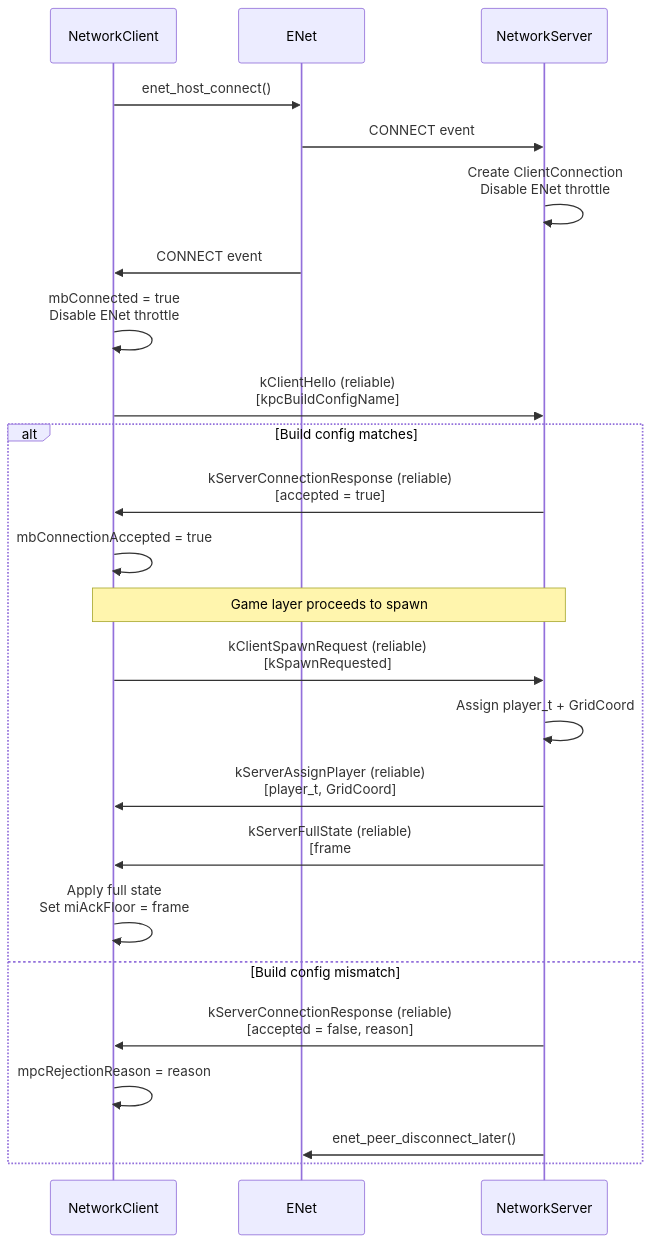
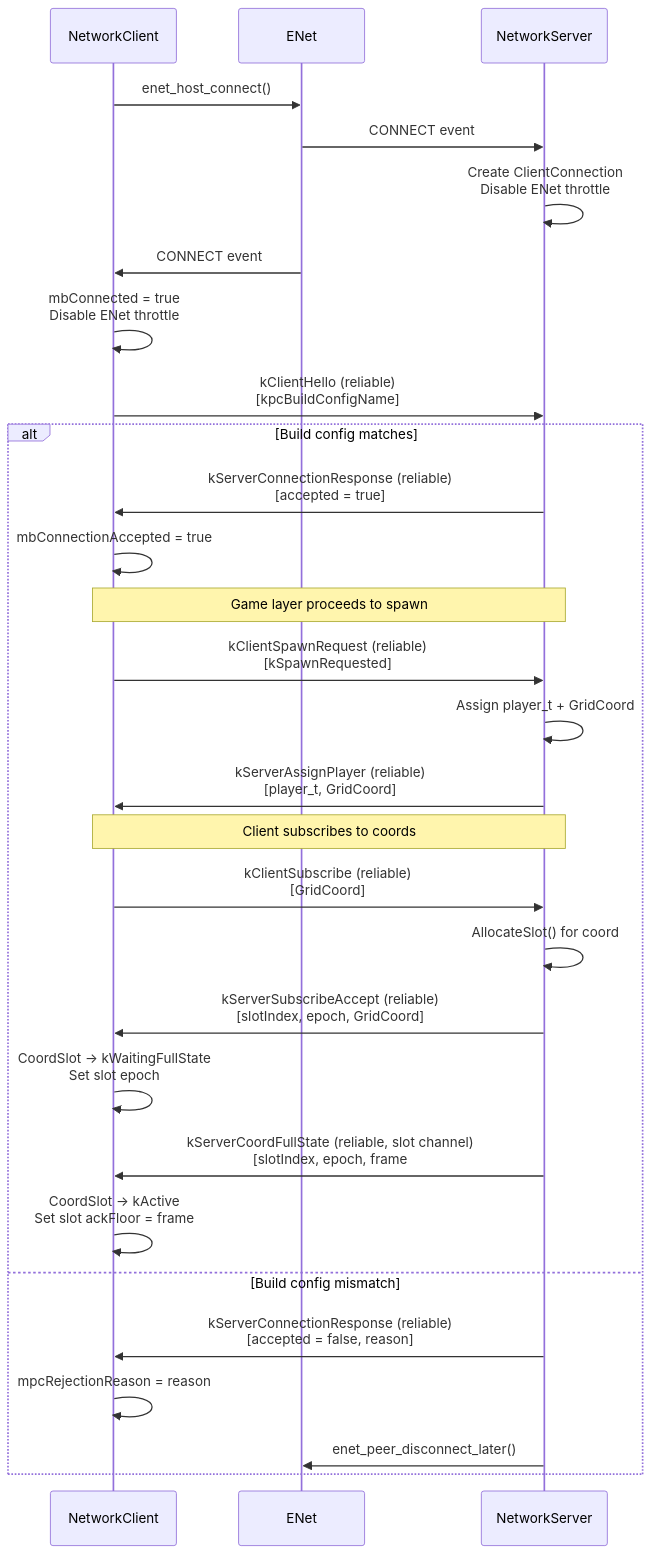
The second of 6 diagrams in Documents/Architecture/Network.md (DougTanner/BrokenEnginePublic), drawn with Mermaid before and after one commit. The commit also changed other lines of this file and 23 other files, not shown here.

````diff
--- a/Documents/Architecture/Network.md
+++ b/Documents/Architecture/Network.md
@@ -55,31 +59,36 @@
 ```mermaid
 %%{init: {'theme': 'default'}}%%
 sequenceDiagram
     participant C as NetworkClient
     participant E as ENet
     participant S as NetworkServer
 
     C->>E: enet_host_connect()
     E->>S: CONNECT event
     S->>S: Create ClientConnection<br/>Disable ENet throttle
 
     E->>C: CONNECT event
     C->>C: mbConnected = true<br/>Disable ENet throttle
 
     C->>S: kClientHello (reliable)<br/>[kpcBuildConfigName]
 
     alt Build config matches
         S->>C: kServerConnectionResponse (reliable)<br/>[accepted = true]
         C->>C: mbConnectionAccepted = true
         Note over C,S: Game layer proceeds to spawn
         C->>S: kClientSpawnRequest (reliable)<br/>[kSpawnRequested]
         S->>S: Assign player_t + GridCoord
         S->>C: kServerAssignPlayer (reliable)<br/>[player_t, GridCoord]
-        S->>C: kServerFullState (reliable)<br/>[frame#, LZ4-compressed Frames]
-        C->>C: Apply full state<br/>Set miAckFloor = frame#
+        Note over C,S: Client subscribes to coords
+        C->>S: kClientSubscribe (reliable)<br/>[GridCoord]
+        S->>S: AllocateSlot() for coord
+        S->>C: kServerSubscribeAccept (reliable)<br/>[slotIndex, epoch, GridCoord]
+        C->>C: CoordSlot → kWaitingFullState<br/>Set slot epoch
+        S->>C: kServerCoordFullState (reliable, slot channel)<br/>[slotIndex, epoch, frame#, coord, LZ4-compressed Frame]
+        C->>C: CoordSlot → kActive<br/>Set slot ackFloor = frame#, epoch
     else Build config mismatch
         S->>C: kServerConnectionResponse (reliable)<br/>[accepted = false, reason]
         C->>C: mpcRejectionReason = reason
         S->>E: enet_peer_disconnect_later()
     end
 ```
````
